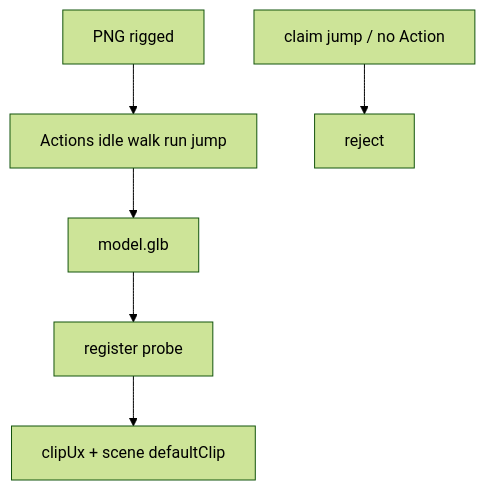
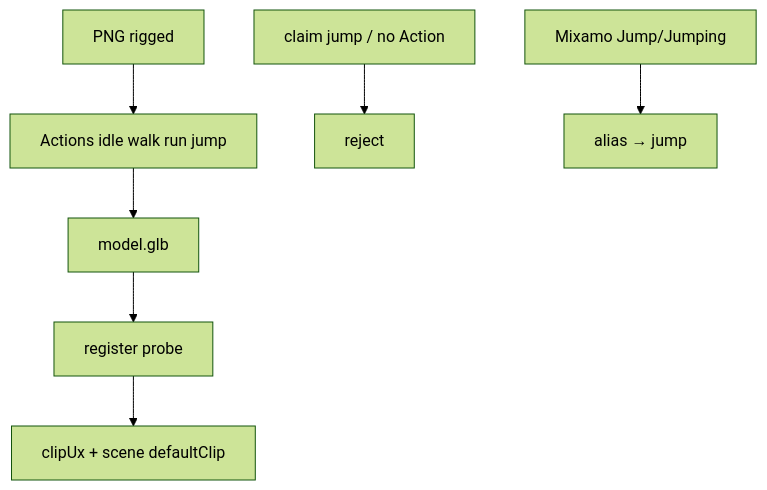
The diagram in docs/sprint2g-d2-jump-allowlist.md (DavidGrice/graphics-pipeline), drawn with Mermaid (forest theme) before and after one commit. The commit also changed other lines of this file and 1 other file, not shown here.

Commit message:
docs(s2g): rebind D1/D2 to R1 (V4a, normalize, jump gates)

````diff
--- a/docs/sprint2g-d2-jump-allowlist.md
+++ b/docs/sprint2g-d2-jump-allowlist.md
@@ -35,8 +38,9 @@
 ```mermaid
 flowchart TD
   PNG[PNG rigged] --> ACT[Actions idle walk run jump]
   ACT --> GLB[model.glb]
   GLB --> PROBE[register probe]
   PROBE --> UX[clipUx + scene defaultClip]
   FAKE[claim jump / no Action] --> REJ[reject]
+  MIX[Mixamo Jump/Jumping] --> JUMP[alias → jump]
 ```
````
